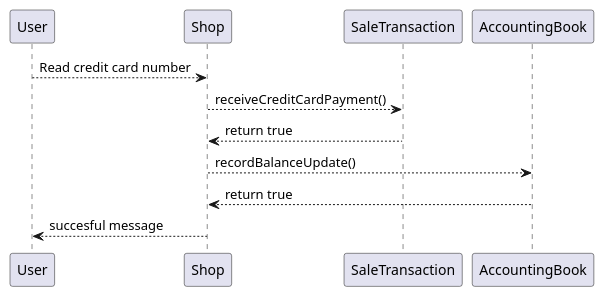
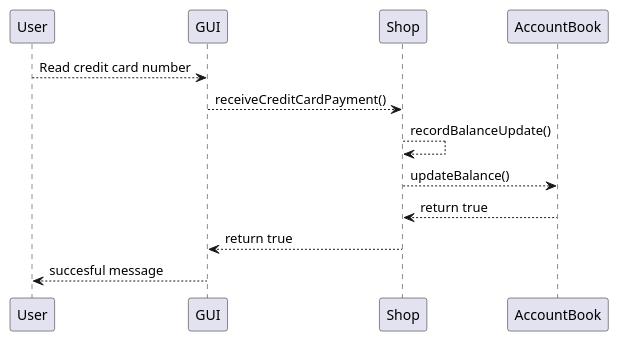
Diagram 13 of 19 in Deliverables/DesignDocument.md (Stormz4/group20-EzShop), drawn with PlantUML before and after one commit. The commit also changed other lines of this file, not shown here.

Commit message:
Doc: Updated sequence

````diff
--- a/Deliverables/DesignDocument.md
+++ b/Deliverables/DesignDocument.md
@@ -501,10 +493,11 @@
 ```plantuml
 @startuml
-User --> Shop: Read credit card number
-Shop --> SaleTransaction: receiveCreditCardPayment()
-SaleTransaction --> Shop: return true
-Shop --> AccountingBook: recordBalanceUpdate()
-AccountingBook --> Shop: return true
-Shop --> User : succesful message
+User --> GUI: Read credit card number
+GUI --> Shop: receiveCreditCardPayment()
+Shop --> Shop: recordBalanceUpdate()
+Shop --> AccountBook: updateBalance()
+AccountBook --> Shop: return true
+Shop --> GUI: return true
+GUI --> User: succesful message
 @enduml
 ```
````
